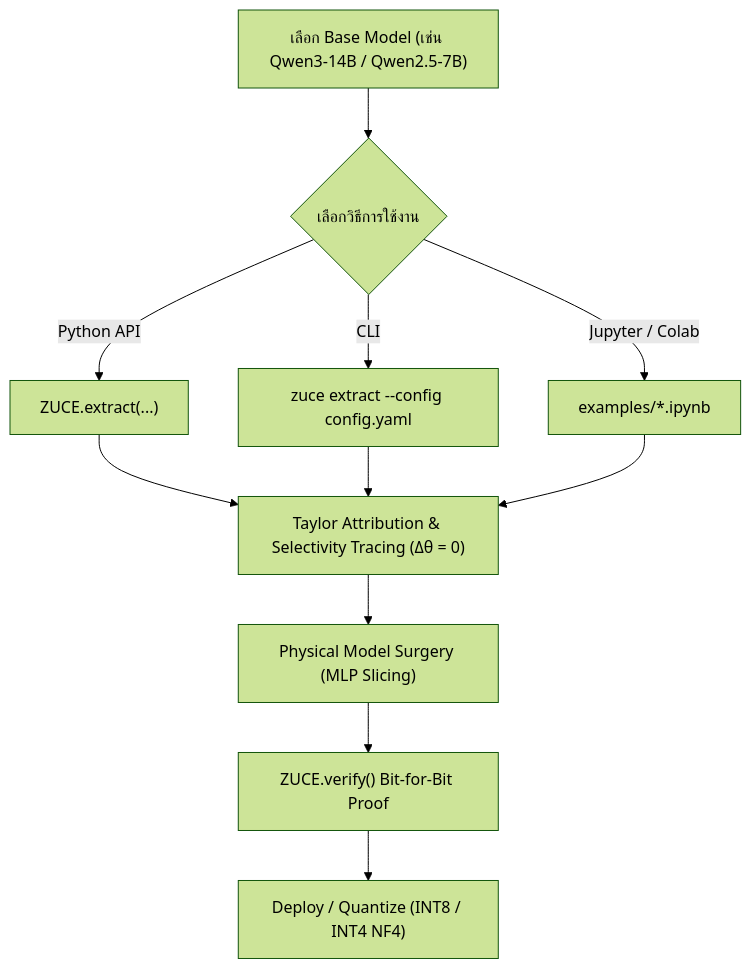
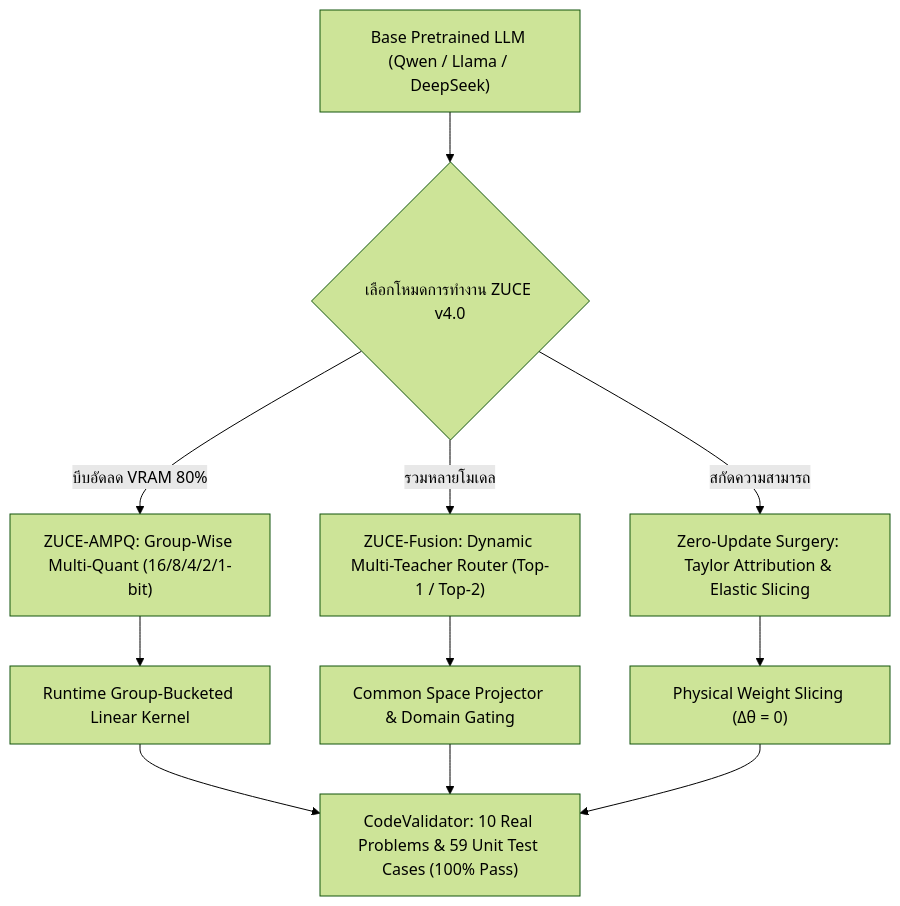
Before and after one commit to YangNobody12/ZUCE: the diagram in docs.md, drawn with Mermaid (forest theme). The commit also changed other lines of this file, not shown here.

Commit message:
docs: comprehensive ZUCE v4.0 step-by-step usage guide and API documentation

````diff
--- a/docs.md
+++ b/docs.md
@@ -54,15 +26,16 @@
 ```mermaid
 flowchart TD
-    A["เลือก Base Model (เช่น Qwen3-14B / Qwen2.5-7B)"] --> B{"เลือกวิธีการใช้งาน"}
-    B -->|"Python API"| C["ZUCE.extract(...)"]
-    B -->|"CLI"| D["zuce extract --config config.yaml"]
-    B -->|"Jupyter / Colab"| E["examples/*.ipynb"]
+    A["Base Pretrained LLM (Qwen / Llama / DeepSeek)"] --> B{"เลือกโหมดการทำงาน ZUCE v4.0"}
     
-    C --> F["Taylor Attribution & Selectivity Tracing (Δθ = 0)"]
-    D --> F
-    E --> F
+    B -->|"บีบอัดลด VRAM 80%"| C["ZUCE-AMPQ: Group-Wise Multi-Quant (16/8/4/2/1-bit)"]
+    B -->|"รวมหลายโมเดล"| D["ZUCE-Fusion: Dynamic Multi-Teacher Router (Top-1 / Top-2)"]
+    B -->|"สกัดความสามารถ"| E["Zero-Update Surgery: Taylor Attribution & Elastic Slicing"]
     
-    F --> G["Physical Model Surgery (MLP Slicing)"]
-    G --> H["ZUCE.verify() Bit-for-Bit Proof"]
-    H --> I["Deploy / Quantize (INT8 / INT4 NF4)"]
+    C --> F["Runtime Group-Bucketed Linear Kernel"]
+    D --> G["Common Space Projector & Domain Gating"]
+    E --> H["Physical Weight Slicing (Δθ = 0)"]
+    
+    F --> I["CodeValidator: 10 Real Problems & 59 Unit Test Cases (100% Pass)"]
+    G --> I
+    H --> I
 ```
````
